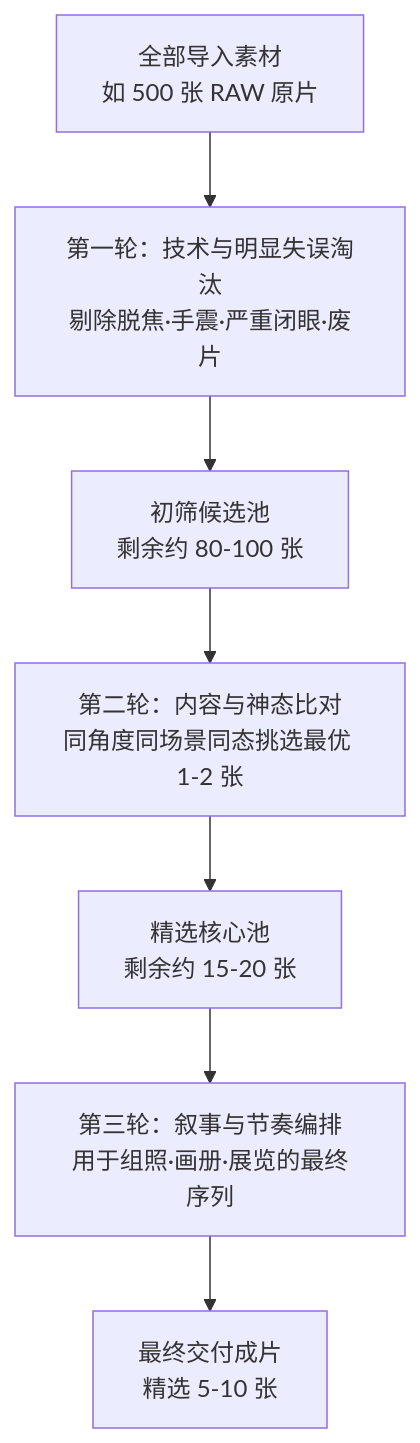
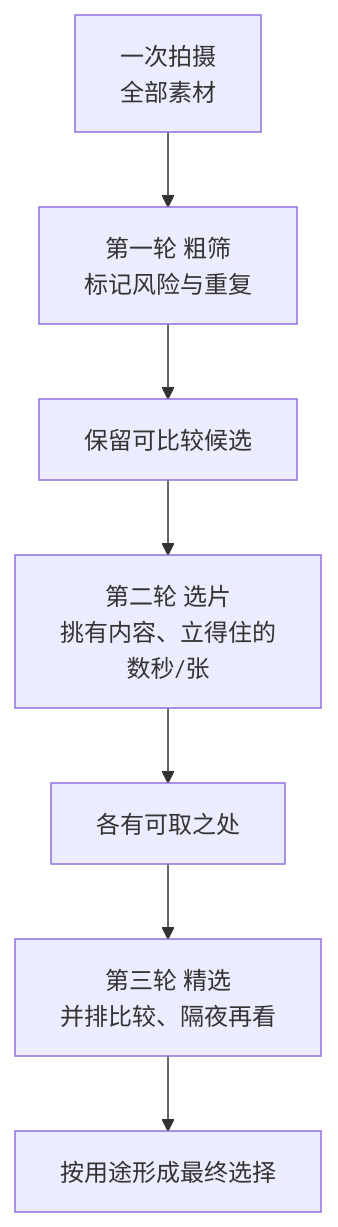
Before and after one commit to yingwang/photography-book: the diagram in docs/14-edit-and-sustain.md, drawn with Mermaid. The commit also changed other lines of this file and 18 other files, not shown here.

````diff
--- a/docs/14-edit-and-sustain.md
+++ b/docs/14-edit-and-sustain.md
@@ -93,9 +73,9 @@
 ```mermaid
 graph TD
-    A["全部导入素材<br/>如 500 张 RAW 原片"] --> B["第一轮：技术与明显失误淘汰<br/>剔除脱焦·手震·严重闭眼·废片"]
-    B --> C["初筛候选池<br/>剩余约 80-100 张"]
-    C --> D["第二轮：内容与神态比对<br/>同角度同场景同态挑选最优 1-2 张"]
-    D --> E["精选核心池<br/>剩余约 15-20 张"]
-    E --> F["第三轮：叙事与节奏编排<br/>用于组照·画册·展览的最终序列"]
-    F --> G["最终交付成片<br/>精选 5-10 张"]
+    A["一次拍摄<br/>全部素材"] --> B["第一轮 粗筛<br/>标记风险与重复"]
+    B --> C["保留可比较候选"]
+    C --> D["第二轮 选片<br/>挑有内容、立得住的<br/>数秒/张"]
+    D --> E["各有可取之处"]
+    E --> F["第三轮 精选<br/>并排比较、隔夜再看"]
+    F --> G["按用途形成最终选择"]
 ```
````
